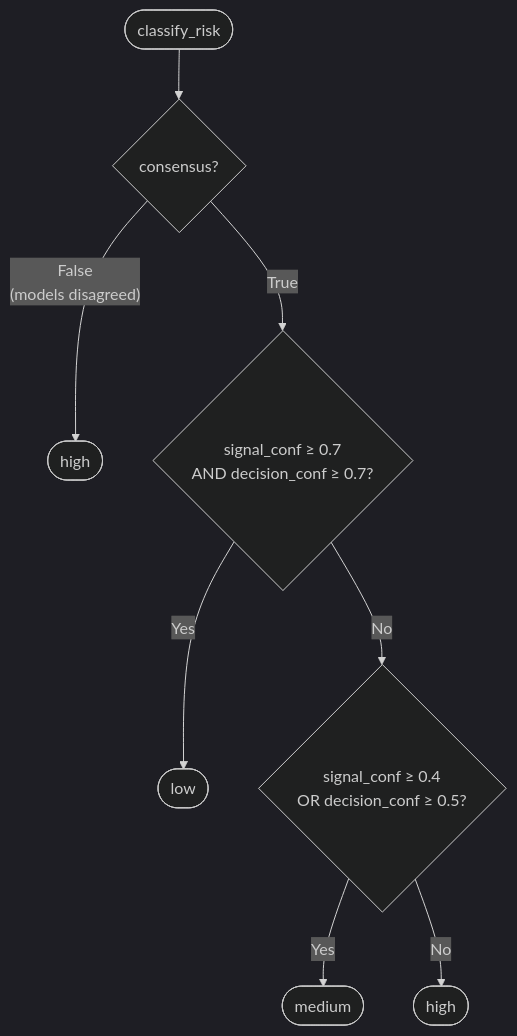
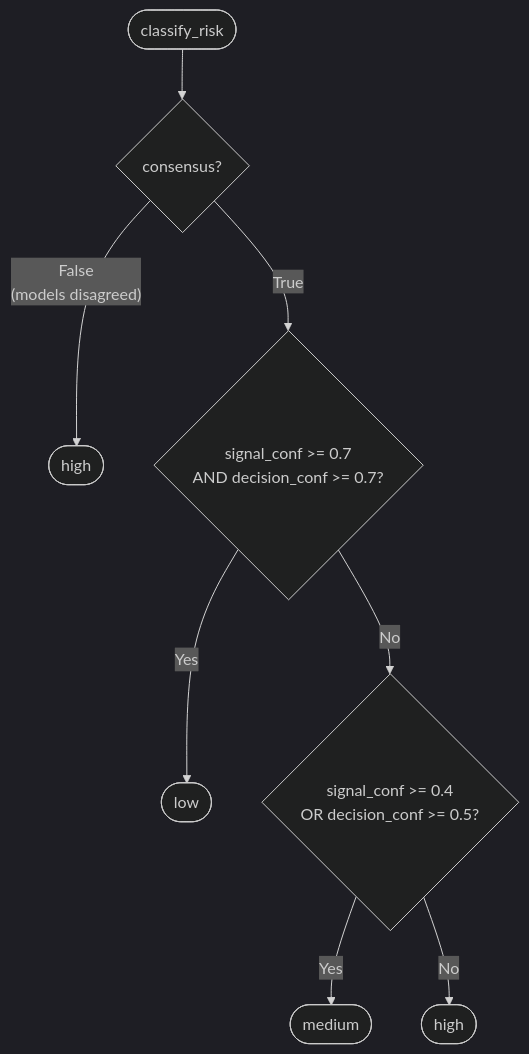
Before and after one commit to ErickZBrambila/argus: the fourth of 5 diagrams in README.md, drawn with Mermaid (dark theme). The commit also changed other lines of this file and 5 other files, not shown here.

````diff
--- a/README.md
+++ b/README.md
@@ -125,10 +137,10 @@
 ```mermaid
 flowchart TD
     START([classify_risk]) --> CHK_CON{consensus?}
     CHK_CON -- "False\n(models disagreed)" --> HIGH([high])
-    CHK_CON -- "True" --> CHK_CONF{"signal_conf ≥ 0.7\nAND decision_conf ≥ 0.7?"}
+    CHK_CON -- "True" --> CHK_CONF{"signal_conf >= 0.7\nAND decision_conf >= 0.7?"}
     CHK_CONF -- Yes --> LOW([low])
-    CHK_CONF -- No --> CHK_MED{"signal_conf ≥ 0.4\nOR decision_conf ≥ 0.5?"}
+    CHK_CONF -- No --> CHK_MED{"signal_conf >= 0.4\nOR decision_conf >= 0.5?"}
     CHK_MED -- Yes --> MED([medium])
     CHK_MED -- No --> HIGH2([high])
 ```
````
